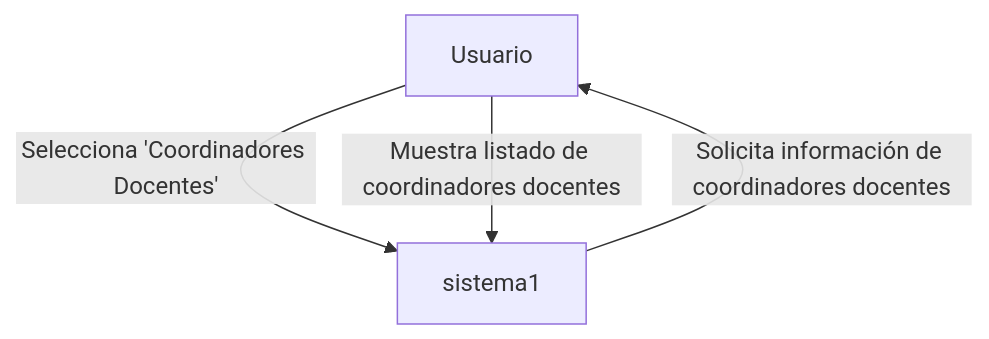
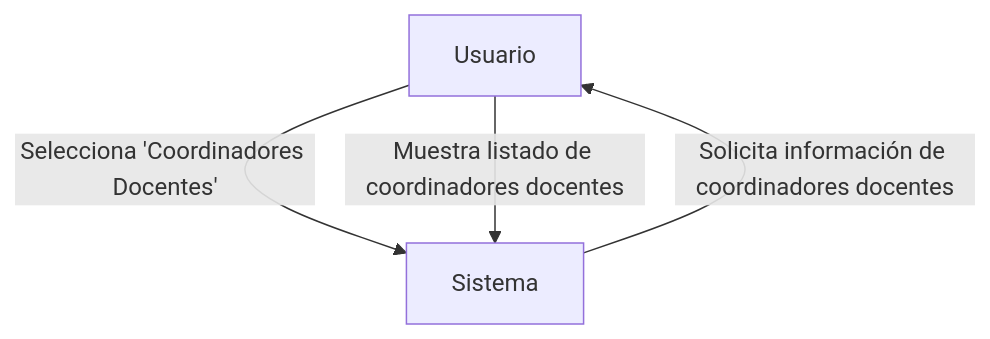
Before and after one commit to UPT-FAING-EPIS/proyecto-si8811a-2024-ii-u2-documentacion-lizarraga_arenas: the tenth of 12 diagrams in README.md, drawn with Mermaid. The commit also changed other lines of this file, not shown here.

````diff
--- a/README.md
+++ b/README.md
@@ -232,6 +232,6 @@
 ```mermaid
 flowchart TD
-    actor1[Usuario] -->|Selecciona 'Coordinadores Docentes'| sistema1
+    actor1[Usuario] -->|Selecciona 'Coordinadores Docentes'| sistema1[Sistema]
     sistema1 -->|Solicita información de coordinadores docentes| actor1
     actor1 -->|Muestra listado de coordinadores docentes| sistema1
 ```
````
